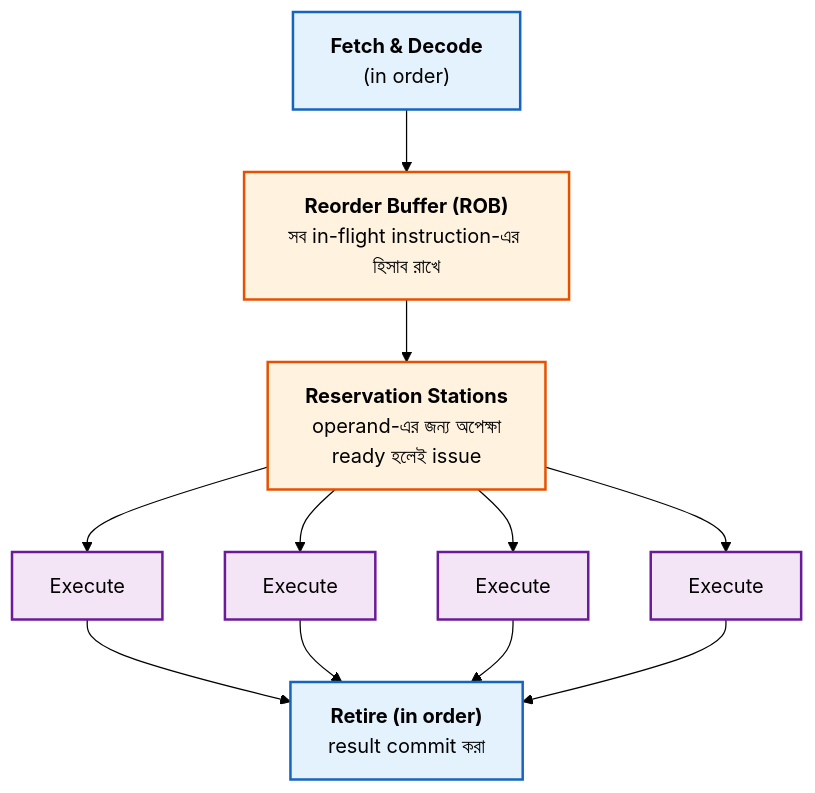
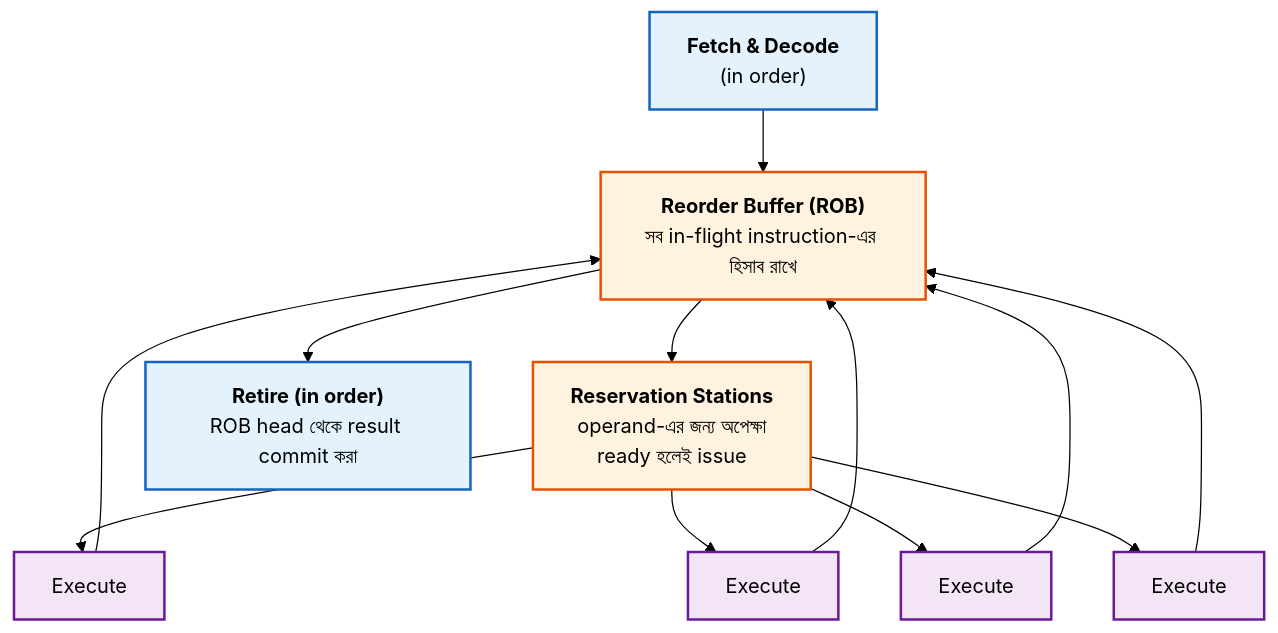
One commit to akram02/build-your-own-processor changed the second of 7 diagrams in chapters/Chapter_20_Advanced_Topics.md. Above: the diagram before and after it, drawn with Mermaid (forest theme). The commit also changed other lines of this file and 6 other files, not shown here.

````diff
--- a/chapters/Chapter_20_Advanced_Topics.md
+++ b/chapters/Chapter_20_Advanced_Topics.md
@@ -248,22 +248,23 @@
 ```mermaid
 flowchart TD
     FD["<b>Fetch & Decode</b><br/>(in order)"]
     ROB["<b>Reorder Buffer (ROB)</b><br/>সব in-flight instruction-এর হিসাব রাখে"]
     RS["<b>Reservation Stations</b><br/>operand-এর জন্য অপেক্ষা<br/>ready হলেই issue"]
     FD --> ROB --> RS
     RS --> E1["Execute"]
     RS --> E2["Execute"]
     RS --> E3["Execute"]
     RS --> E4["Execute"]
-    E1 --> RET["<b>Retire (in order)</b><br/>result commit করা"]
-    E2 --> RET
-    E3 --> RET
-    E4 --> RET
+    E1 --> ROB
+    E2 --> ROB
+    E3 --> ROB
+    E4 --> ROB
+    ROB --> RET["<b>Retire (in order)</b><br/>ROB head থেকে result commit করা"]
 
     classDef io fill:#e3f2fd,stroke:#1565c0,stroke-width:2px;
     classDef ooo fill:#fff3e0,stroke:#e65100,stroke-width:2px;
     classDef exec fill:#f3e5f5,stroke:#6a1b9a,stroke-width:2px;
     class FD,RET io;
     class ROB,RS ooo;
     class E1,E2,E3,E4 exec;
 ```
````
